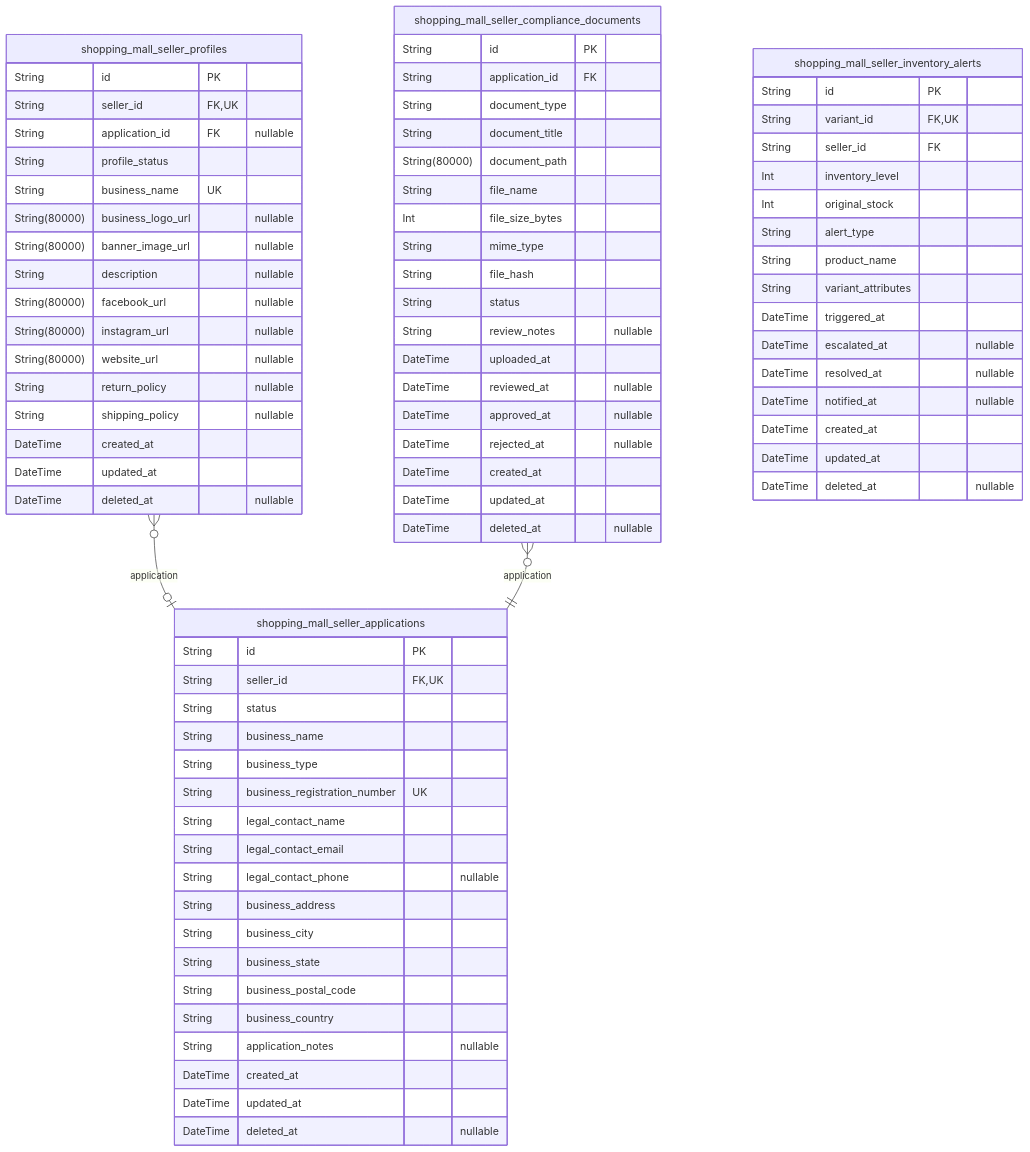
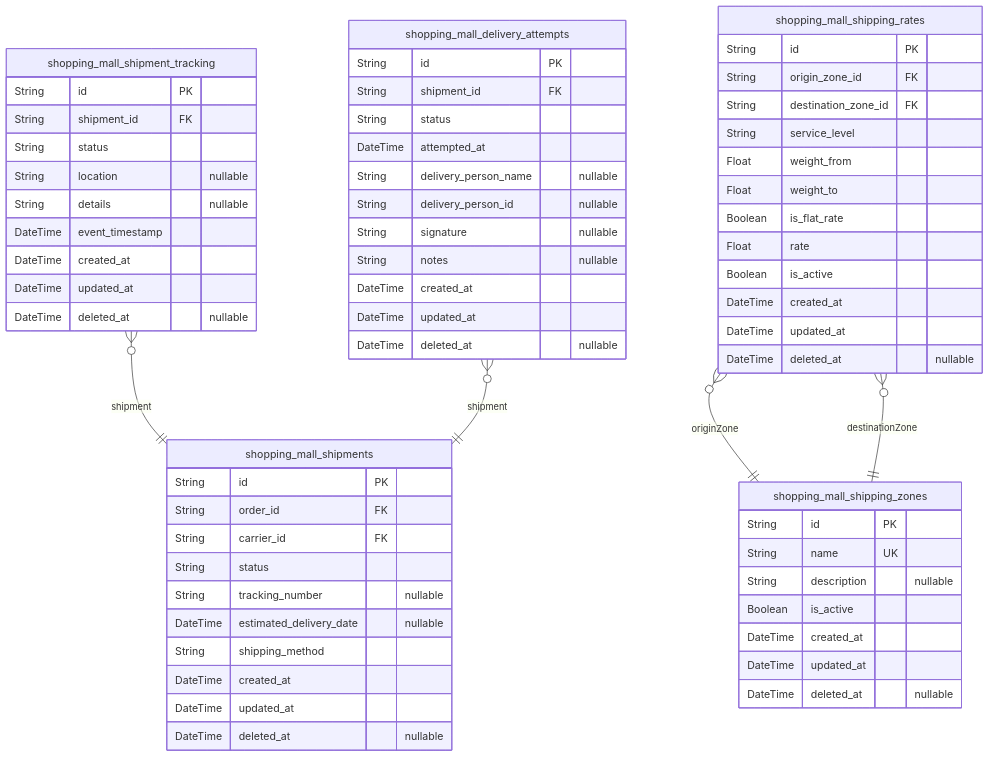
One commit to wrtnlabs/autobe-examples changed the seventh of 11 diagrams in qwen/qwen3-next-80b-a3b-instruct/shopping/docs/ERD.md. Above: the diagram before and after it, drawn with Mermaid. The commit also changed other lines of this file and 366 other files, not shown here.

````diff
--- a/qwen/qwen3-next-80b-a3b-instruct/shopping/docs/ERD.md
+++ b/qwen/qwen3-next-80b-a3b-instruct/shopping/docs/ERD.md
@@ -2725,80 +1638,66 @@
 ```mermaid
 erDiagram
-"shopping_mall_seller_applications" {
+"shopping_mall_shipments" {
   String id PK
-  String seller_id FK,UK
+  String order_id FK
+  String carrier_id FK
   String status
-  String business_name
-  String business_type
-  String business_registration_number UK
-  String legal_contact_name
-  String legal_contact_email
-  String legal_contact_phone "nullable"
-  String business_address
-  String business_city
-  String business_state
-  String business_postal_code
-  String business_country
-  String application_notes "nullable"
+  String tracking_number "nullable"
+  DateTime estimated_delivery_date "nullable"
+  String shipping_method
   DateTime created_at
   DateTime updated_at
   DateTime deleted_at "nullable"
 }
-"shopping_mall_seller_profiles" {
+"shopping_mall_shipment_tracking" {
   String id PK
-  String seller_id FK,UK
-  String application_id FK "nullable"
-  String profile_status
-  String business_name UK
-  String(80000) business_logo_url "nullable"
-  String(80000) banner_image_url "nullable"
-  String description "nullable"
-  String(80000) facebook_url "nullable"
-  String(80000) instagram_url "nullable"
-  String(80000) website_url "nullable"
-  String return_policy "nullable"
-  String shipping_policy "nullable"
+  String shipment_id FK
+  String status
+  String location "nullable"
+  String details "nullable"
+  DateTime event_timestamp
   DateTime created_at
   DateTime updated_at
   DateTime deleted_at "nullable"
 }
-"shopping_mall_seller_compliance_documents" {
+"shopping_mall_delivery_attempts" {
   String id PK
-  String application_id FK
-  String document_type
-  String document_title
-  String(80000) document_path
-  String file_name
-  Int file_size_bytes
-  String mime_type
-  String file_hash
+  String shipment_id FK
   String status
-  String review_notes "nullable"
-  DateTime uploaded_at
-  DateTime reviewed_at "nullable"
-  DateTime approved_at "nullable"
-  DateTime rejected_at "nullable"
+  DateTime attempted_at
+  String delivery_person_name "nullable"
+  String delivery_person_id "nullable"
+  String signature "nullable"
+  String notes "nullable"
   DateTime created_at
   DateTime updated_at
   DateTime deleted_at "nullable"
 }
-"shopping_mall_seller_inventory_alerts" {
+"shopping_mall_shipping_zones" {
   String id PK
-  String variant_id FK,UK
-  String seller_id FK
-  Int inventory_level
-  Int original_stock
-  String alert_type
-  String product_name
-  String variant_attributes
-  DateTime triggered_at
-  DateTime escalated_at "nullable"
-  DateTime resolved_at "nullable"
-  DateTime notified_at "nullable"
+  String name UK
+  String description "nullable"
+  Boolean is_active
   DateTime created_at
   DateTime updated_at
   DateTime deleted_at "nullable"
 }
-"shopping_mall_seller_profiles" }o--o| "shopping_mall_seller_applications" : application
-"shopping_mall_seller_compliance_documents" }o--|| "shopping_mall_seller_applications" : application
+"shopping_mall_shipping_rates" {
+  String id PK
+  String origin_zone_id FK
+  String destination_zone_id FK
+  String service_level
+  Float weight_from
+  Float weight_to
+  Boolean is_flat_rate
+  Float rate
+  Boolean is_active
+  DateTime created_at
+  DateTime updated_at
+  DateTime deleted_at "nullable"
+}
+"shopping_mall_shipment_tracking" }o--|| "shopping_mall_shipments" : shipment
+"shopping_mall_delivery_attempts" }o--|| "shopping_mall_shipments" : shipment
+"shopping_mall_shipping_rates" }o--|| "shopping_mall_shipping_zones" : originZone
+"shopping_mall_shipping_rates" }o--|| "shopping_mall_shipping_zones" : destinationZone
 ```
````
